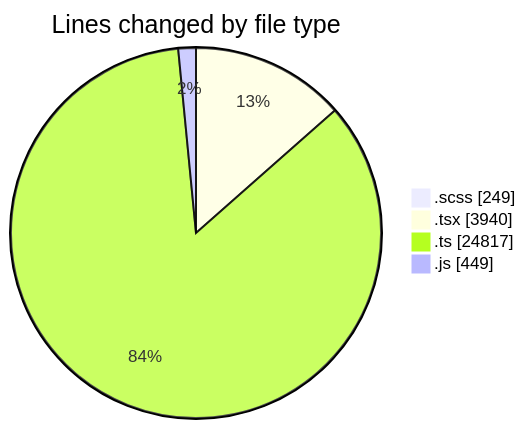
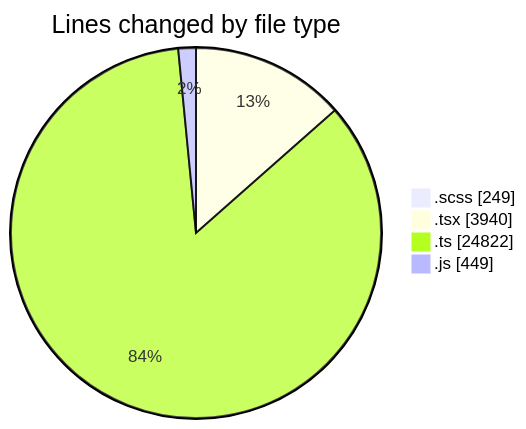
One commit to momahboobian/code-tracking changed the first of 2 diagrams in 2025-09-26/cda/README.md. Above: the diagram before and after it, drawn with Mermaid. The commit also changed other lines of this file and 1 other file, not shown here.

````diff
--- a/2025-09-26/cda/README.md
+++ b/2025-09-26/cda/README.md
@@ -32,8 +32,8 @@
 ```mermaid
 pie showData
 title Lines changed by file type
 ".scss" : 249
 ".tsx" : 3940
-".ts" : 24817
+".ts" : 24822
 ".js" : 449
 ```
````
